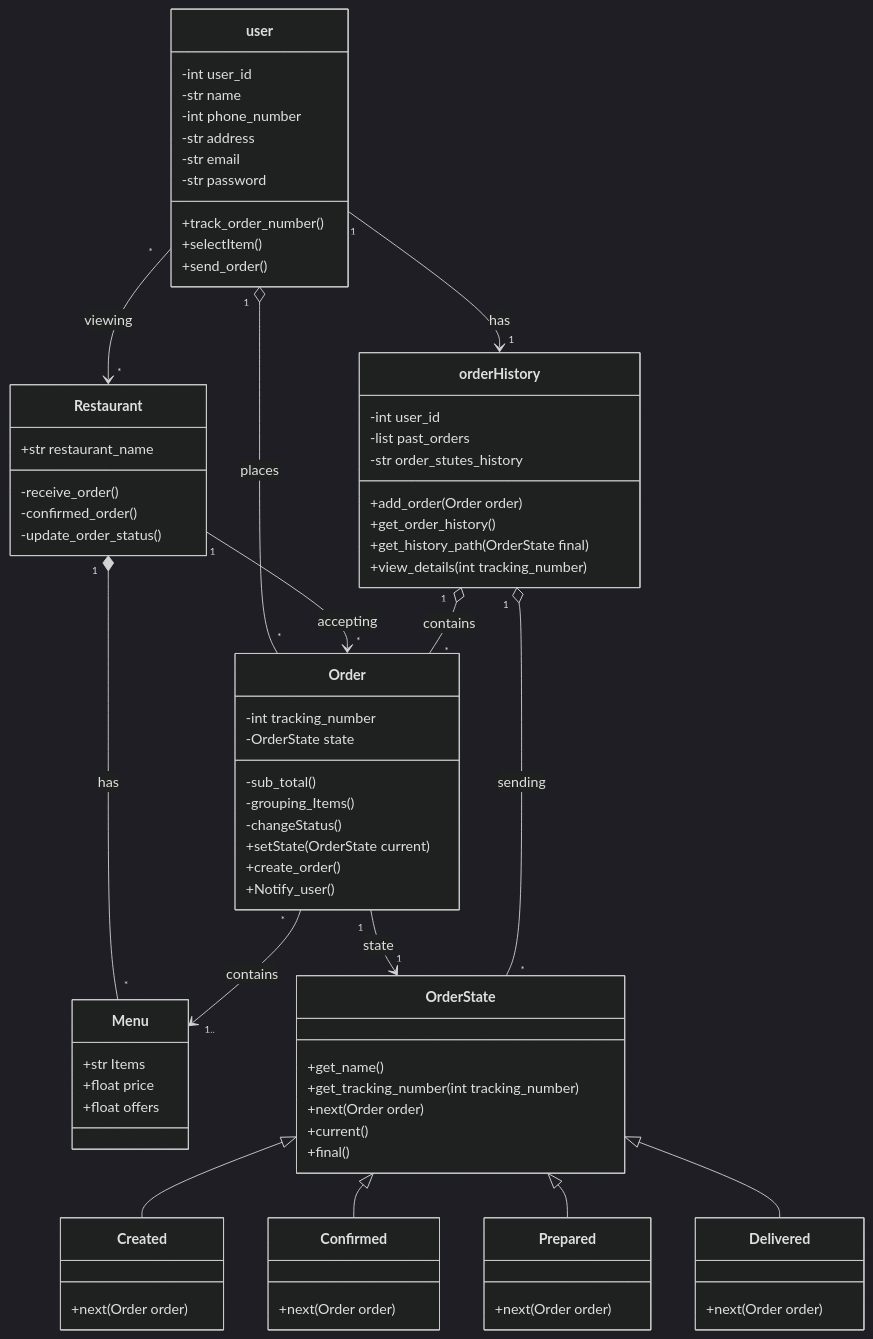
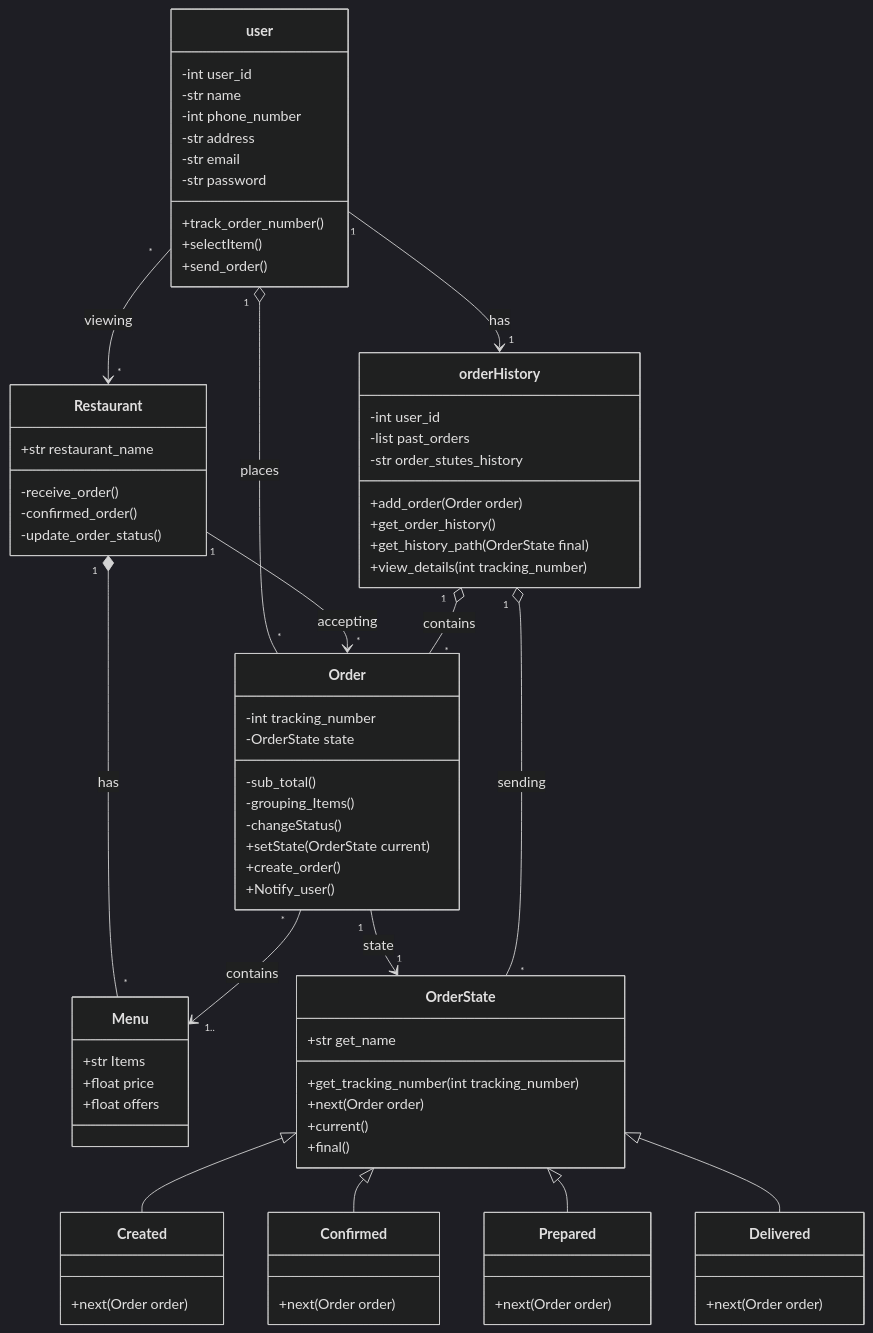
The diagram in taktakah/newclassdiagram.mmd (Tmadeer/Architecture_Plan_For_FoodDeliveryPlatform), drawn with Mermaid (dark theme) before and after one commit.

Commit message:
trying out

```diff
--- a/taktakah/newclassdiagram.mmd
+++ b/taktakah/newclassdiagram.mmd
@@ -1,86 +1,86 @@
 classDiagram
 direction TB
 
     class user {
         -int user_id
         -str name
         -int phone_number
         -str address
         -str email
         -str password
         +track_order_number()
         +selectItem()
         +send_order()
     }
 
     class Menu {
         +str Items
         +float price
         +float offers
     }
 
     class Restaurant {
         +str restaurant_name
         -receive_order()
         -confirmed_order()
         -update_order_status()
     }
 
     class Order {
         -int tracking_number
         -OrderState state
         -sub_total()
         -grouping_Items()
         -changeStatus()
         +setState(OrderState current)
         +create_order()
         +Notify_user()
     }
 
     class orderHistory {
         -int user_id
         -list past_orders
 	-str order_stutes_history
         +add_order(Order order)
         +get_order_history()
 	+get_history_path(OrderState final)
         +view_details(int tracking_number)
     }
 
     class OrderState {
-	+get_name()
+	+str get_name 
         +get_tracking_number(int tracking_number) 
         +next(Order order)
 	+current()
 	+final()
     }
 
     class Created {
         +next(Order order)
     }
 
     class Confirmed {
         +next(Order order)
     }
 
     class Prepared {
         +next(Order order)
     }
 
     class Delivered {
         +next(Order order)
     }
 
     user "1" o-- "*" Order : places
 Restaurant "1" --> "*" Order : accepting
 Restaurant "1" * -- "*" Menu : has
 user "*" --> "*" Restaurant : viewing
 Order "*" --> "1.." Menu : contains
 user "1" --> "1" orderHistory : has
 orderHistory "1" o-- "*" Order : contains
     Order "1" --> "1" OrderState : state
     OrderState <|-- Created
     OrderState <|-- Confirmed
     OrderState <|-- Prepared
     OrderState <|-- Delivered
 orderHistory "1" o-- "*" OrderState : sending
```
